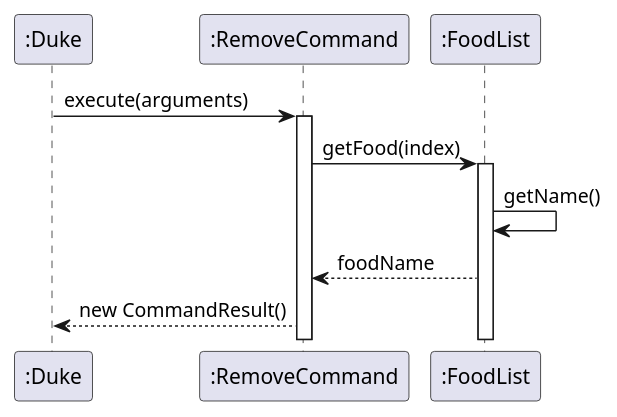
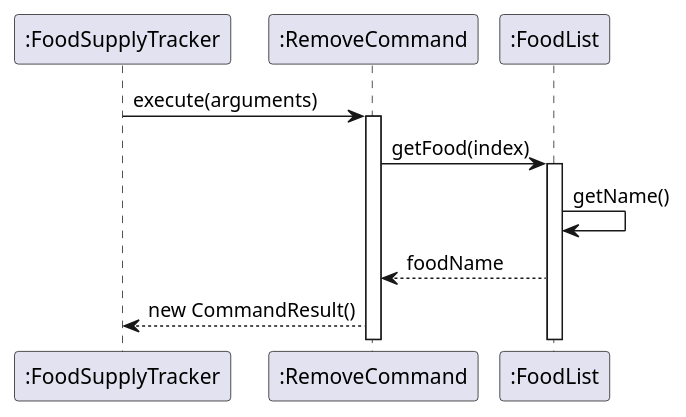
Before and after one commit to tsx0314/tp: the diagram in docs/puml/RemoveCommandSequenceDiagram.puml, drawn with PlantUML. The commit also changed 103 other files, not shown here.

```diff
--- a/docs/puml/RemoveCommandSequenceDiagram.puml
+++ b/docs/puml/RemoveCommandSequenceDiagram.puml
@@ -1,20 +1,20 @@
 @startuml
 'https://plantuml.com/sequence-diagram
 
-participant ":Duke"
+participant ":FoodSupplyTracker"
 participant ":RemoveCommand"
 
 
-":Duke" -> ":RemoveCommand" : execute(arguments)
+":FoodSupplyTracker" -> ":RemoveCommand" : execute(arguments)
 activate ":RemoveCommand"
 
 ":RemoveCommand" -> ":FoodList" : getFood(index)
 activate ":FoodList"
 
 ":FoodList" -> ":FoodList" : getName()
 
 ":FoodList" --> ":RemoveCommand" : foodName
 
-":RemoveCommand" --> ":Duke" : new CommandResult()
+":RemoveCommand" --> ":FoodSupplyTracker" : new CommandResult()
 
 @enduml
```
